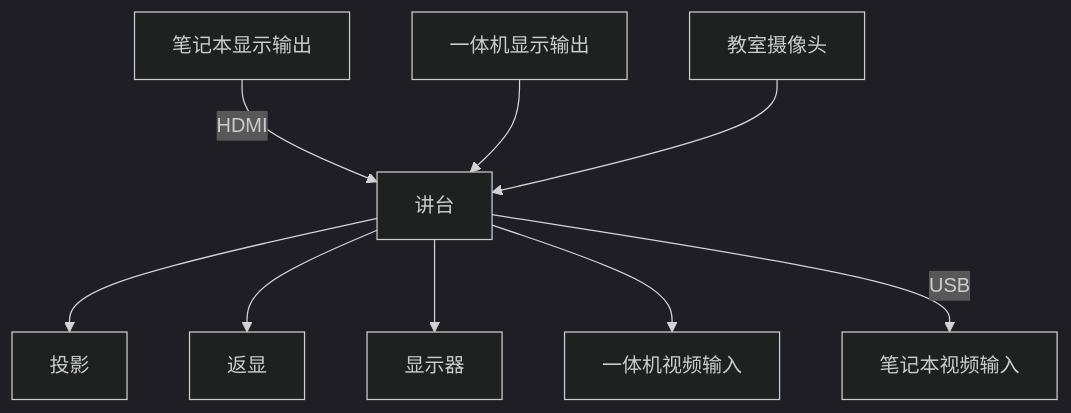
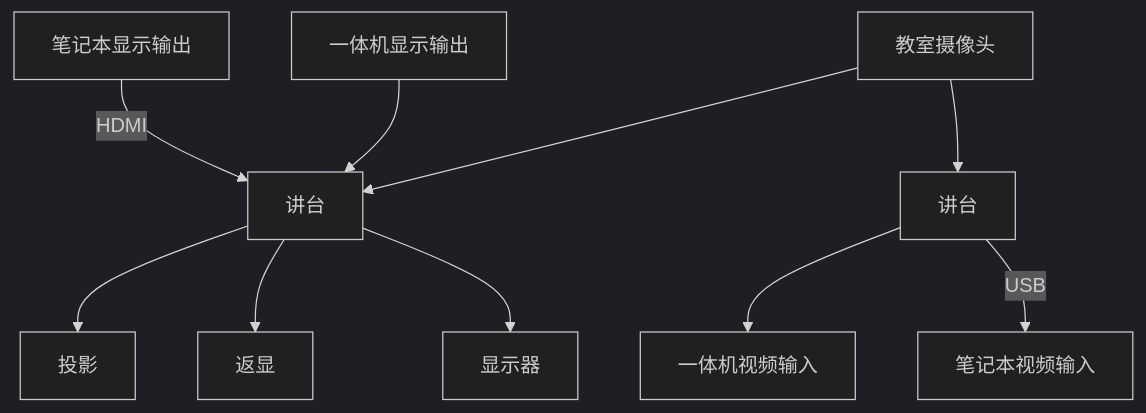
Before and after one commit to jiegec/blog-source: the first of 4 diagrams in docs/blog/posts/misc/classroom-routing.md, drawn with Mermaid (dark theme). The commit also changed other lines of this file and 3 other files, not shown here.

````diff
--- a/docs/blog/posts/misc/classroom-routing.md
+++ b/docs/blog/posts/misc/classroom-routing.md
@@ -35,12 +35,13 @@
 ```mermaid
 flowchart TD
-    笔记本显示输出 -->|HDMI| 讲台
-    一体机显示输出 --> 讲台
-    教室摄像头 --> 讲台
+    笔记本显示输出 -->|HDMI| 讲台1[讲台]
+    一体机显示输出 --> 讲台1
+    教室摄像头 --> 讲台1
+    教室摄像头 --> 讲台2[讲台]
 
-    讲台 --> 投影
-    讲台 --> 返显
-    讲台 --> 显示器
-    讲台 --> 一体机视频输入
-    讲台 -->|USB| 笔记本视频输入
+    讲台1 --> 投影
+    讲台1 --> 返显
+    讲台1 --> 显示器
+    讲台2 --> 一体机视频输入
+    讲台2 -->|USB| 笔记本视频输入
 ```
````
